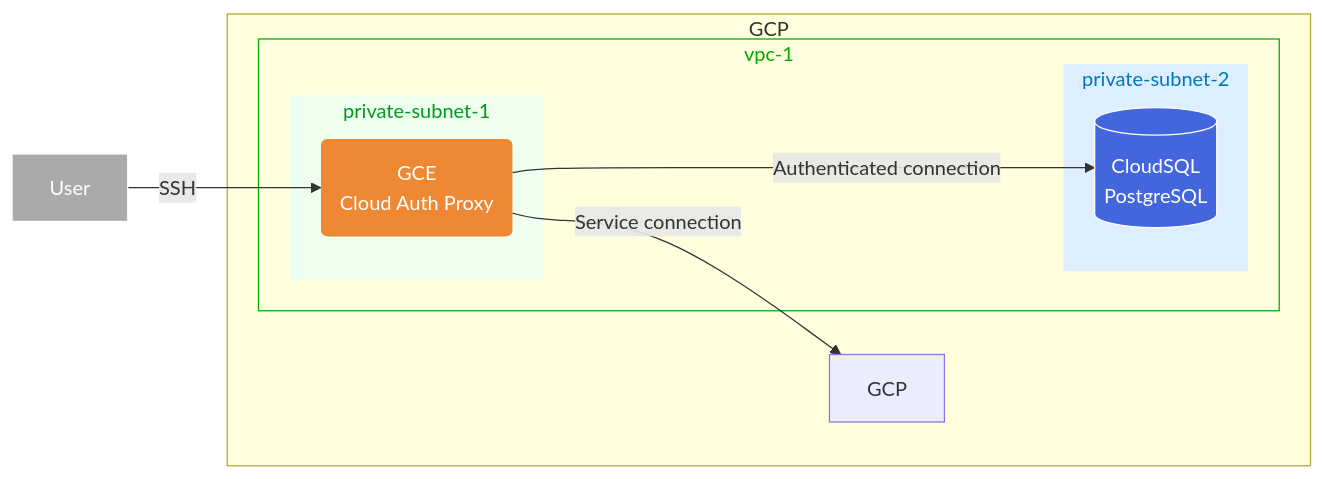
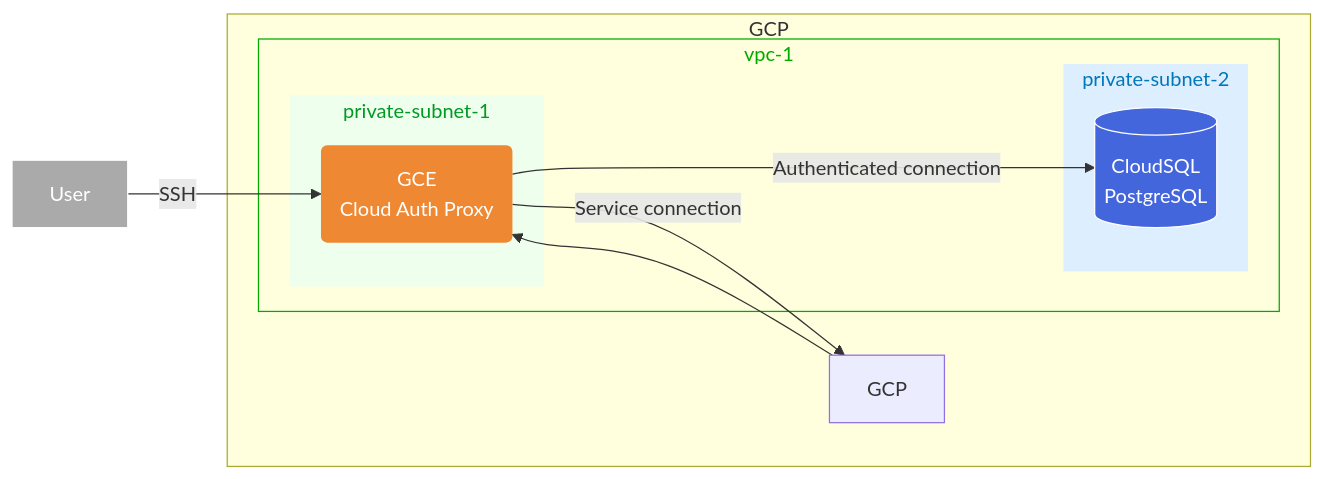
One commit to daylight55/terraform-gcp-example changed the diagram in README.md. Above: the diagram before and after it, drawn with Mermaid. The commit also changed other lines of this file, not shown here.

````diff
--- a/README.md
+++ b/README.md
@@ -7,57 +7,58 @@
 ```mermaid
 flowchart LR
 
 %%外部要素のUser
 OU1[User]
 
 %%グループとサービス
 subgraph GC[GCP]
   OU2[GCP<br>]
 end
 
 subgraph GC[GCP]
   subgraph GV[vpc-1]
     subgraph GS1[private-subnet-1]
       CP1("GCE<br>Cloud Auth Proxy")
     end
     subgraph GS2[private-subnet-2]
       DB1[("CloudSQL<br>PostgreSQL")]
     end
   end
 end
 
 %%サービス同士の関係
 OU1 --"SSH"--> CP1
 CP1 --"Service connection"--> OU2
+OU2 --> CP1
 CP1 --"Authenticated connection"---> DB1
 
 %%グループのスタイル
 classDef SGC fill:none,color:#345,stroke:#345
 class GC SGC
 
 classDef SGV fill:none,color:#0a0,stroke:#0a0
 class GV SGV
 
 classDef SGPrS fill:#def,color:#07b,stroke:none
 class GS2 SGPrS
 
 classDef SGPuS fill:#efe,color:#092,stroke:none
 class GS1 SGPuS
 
 %%サービスのスタイル
 classDef SOU fill:#aaa,color:#fff,stroke:#fff
 class OU1 SOU
 
 classDef SNW fill:#84d,color:#fff,stroke:none
 class NW1 SNW
 
 classDef SCP fill:#e83,color:#fff,stroke:none
 class CP1 SCP
 
 classDef SDB fill:#46d,color:#fff,stroke:#fff
 class DB1 SDB
 
 classDef SST fill:#493,color:#fff,stroke:#fff
 class ST1 SST
 
 ```
````
